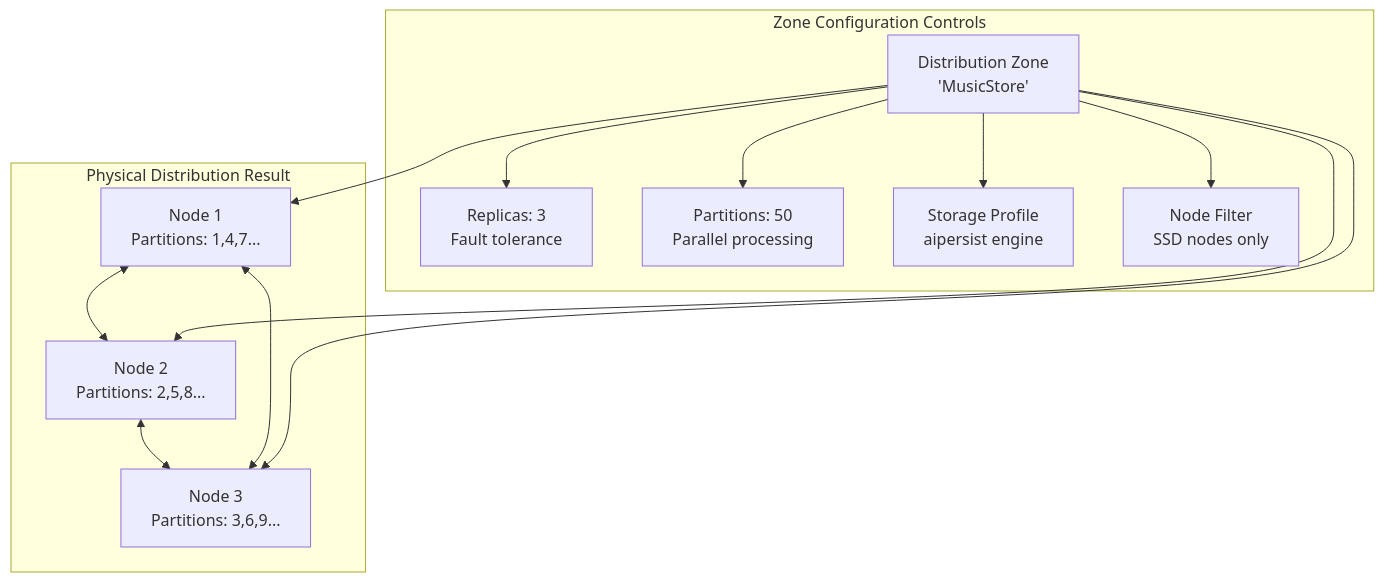
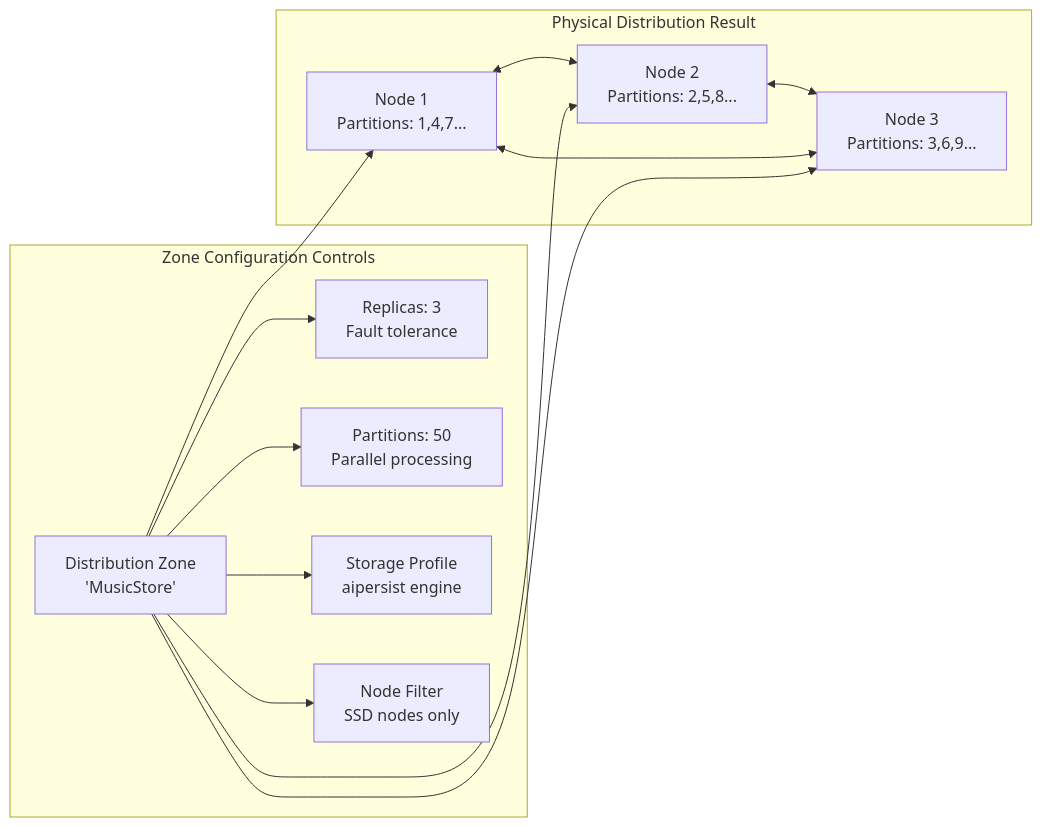
Before and after one commit to maglietti/ignite3-java-api-primer: the first of 5 diagrams in docs/01-foundation/03-distributed-data-fundamentals.md, drawn with Mermaid. The commit also changed other lines of this file, not shown here.

````diff
--- a/docs/01-foundation/03-distributed-data-fundamentals.md
+++ b/docs/01-foundation/03-distributed-data-fundamentals.md
@@ -15,23 +15,23 @@
 ```mermaid
-graph TB
-    subgraph "Zone Configuration Controls"
-        ZONE["Distribution Zone<br/>'MusicStore'"] --> REPLICAS["Replicas: 3<br/>Fault tolerance"]
-        ZONE --> PARTITIONS["Partitions: 50<br/>Parallel processing"]
-        ZONE --> STORAGE["Storage Profile<br/>aipersist engine"]
-        ZONE --> FILTER["Node Filter<br/>SSD nodes only"]
-    end
-    
+graph LR
     subgraph "Physical Distribution Result"
         N1["Node 1<br/>Partitions: 1,4,7..."]
         N2["Node 2<br/>Partitions: 2,5,8..."]
         N3["Node 3<br/>Partitions: 3,6,9..."]
         
         N1 <--> N2
         N2 <--> N3
         N1 <--> N3
     end
     
+    subgraph "Zone Configuration Controls"
+        ZONE["Distribution Zone<br/>'MusicStore'"] --> REPLICAS["Replicas: 3<br/>Fault tolerance"]
+        ZONE --> PARTITIONS["Partitions: 50<br/>Parallel processing"]
+        ZONE --> STORAGE["Storage Profile<br/>aipersist engine"]
+        ZONE --> FILTER["Node Filter<br/>SSD nodes only"]
+    end
+    
     ZONE --> N1
     ZONE --> N2
     ZONE --> N3
 ```
````
